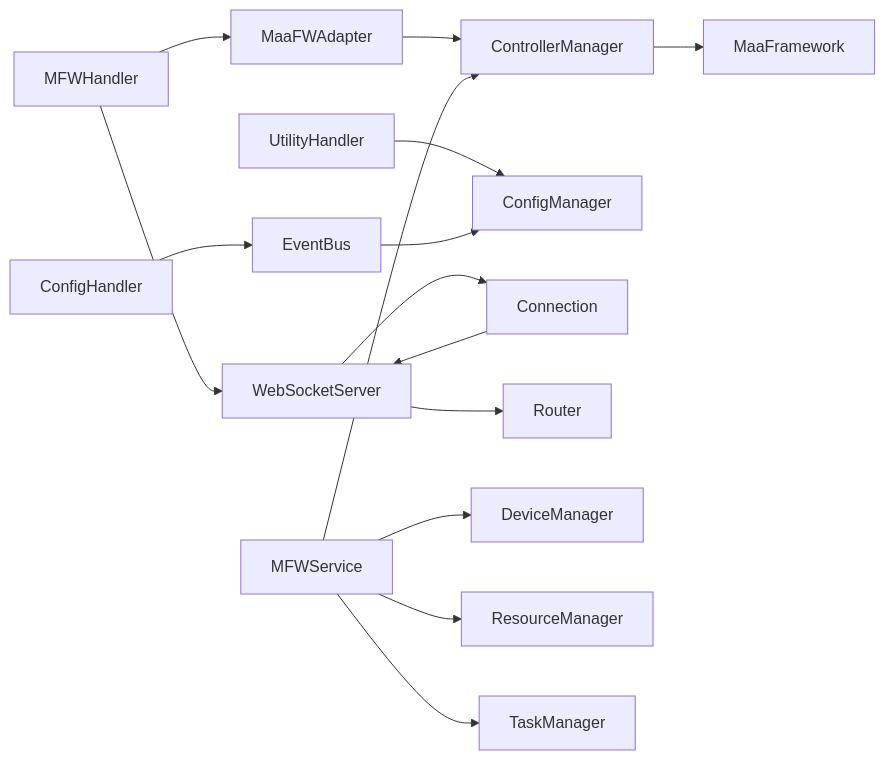
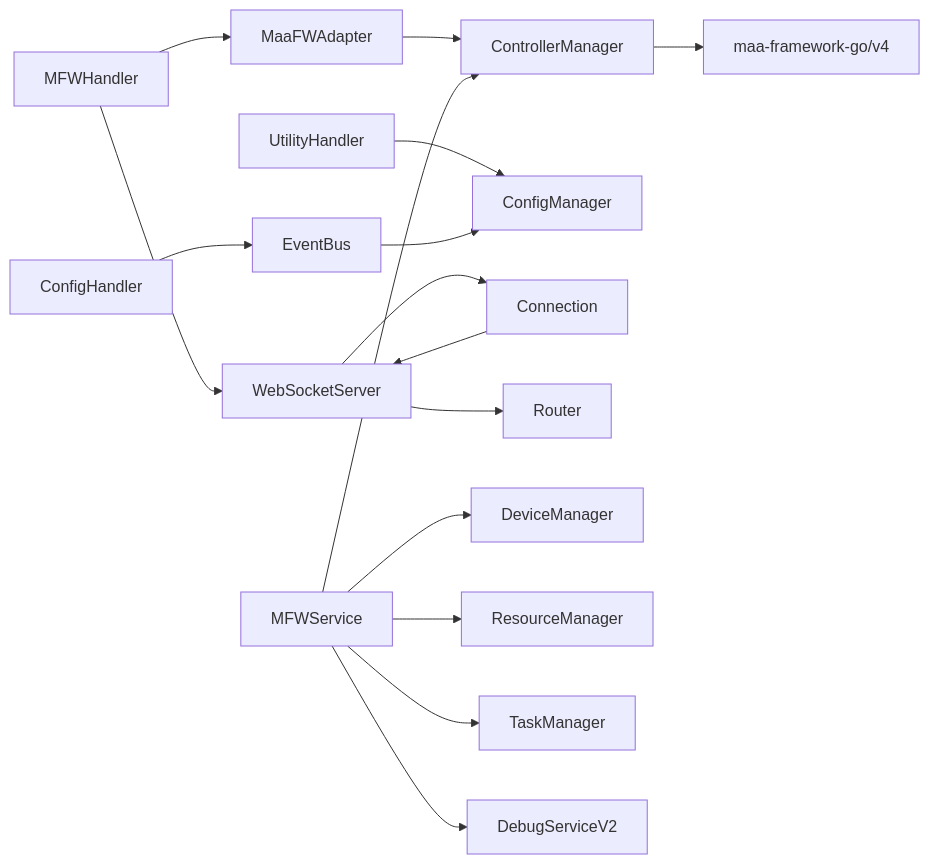
One commit to kqcoxn/MaaPipelineEditor changed the third of 3 diagrams in .qoder/repowiki/zh/content/开发者指南/LocalBridge 通信协议.md. Above: the diagram before and after it, drawn with Mermaid. The commit also changed other lines of this file and 6 other files, not shown here.

````diff
--- a/.qoder/repowiki/zh/content/开发者指南/LocalBridge 通信协议.md
+++ b/.qoder/repowiki/zh/content/开发者指南/LocalBridge 通信协议.md
@@ -435,17 +567,18 @@
 ```mermaid
 graph LR
 MFWH["MFWHandler"] --> ADP["MaaFWAdapter"]
 ADP --> CM["ControllerManager"]
 MFWH --> WS["WebSocketServer"]
 UTH["UtilityHandler"] --> CFG["ConfigManager"]
 CFGH["ConfigHandler"] --> EB["EventBus"]
 EB --> CFG
-CM --> MF["MaaFramework"]
+CM --> MF["maa-framework-go/v4"]
 WS --> CONN["Connection"]
 WS --> RT["Router"]
 CONN --> WS
 MS["MFWService"] --> CM
 MS --> DM["DeviceManager"]
 MS --> RM["ResourceManager"]
 MS --> TM["TaskManager"]
+MS --> DS["DebugServiceV2"]
 ```
````
